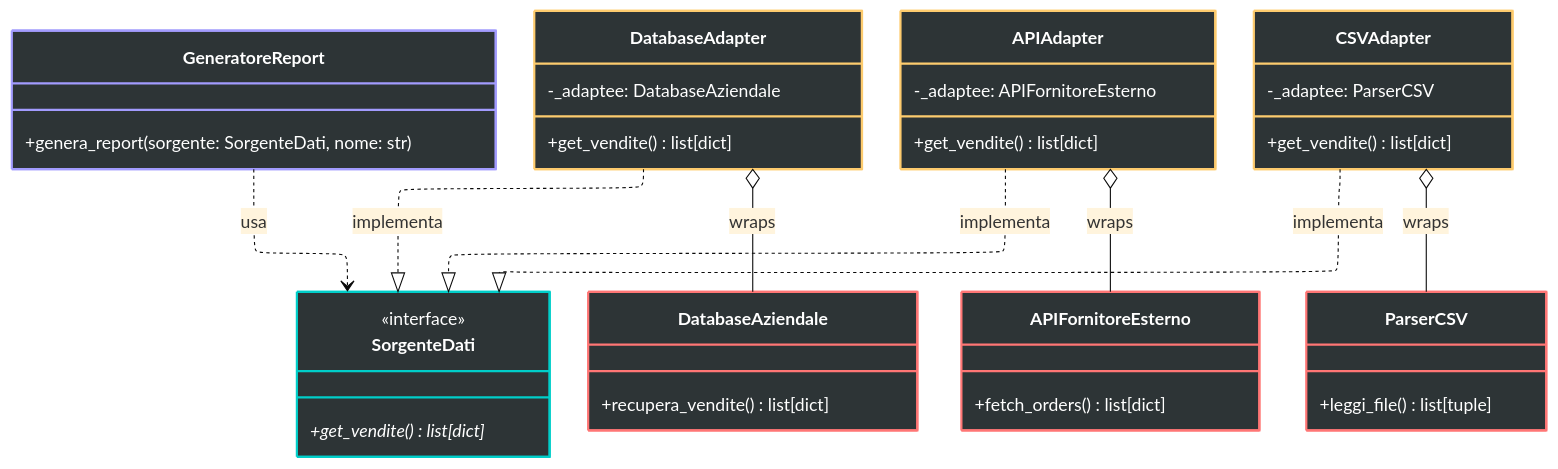
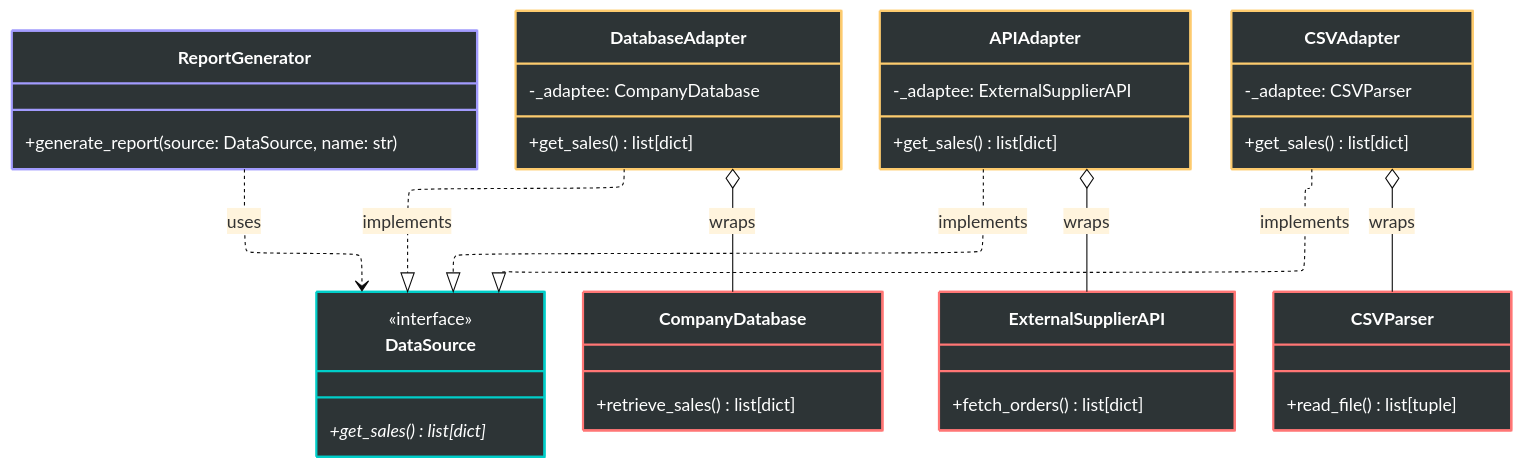
Before and after one commit to lucadileo9/design-pattern: the second of 3 diagrams in 02_structural/adapter/README.md, drawn with Mermaid (base theme). The commit also changed other lines of this file and 43 other files, not shown here.

````diff
--- a/02_structural/adapter/README.md
+++ b/02_structural/adapter/README.md
@@ -75,60 +75,60 @@
 ```mermaid
 %%{init: {'layout': 'elk'}}%%
 classDiagram
     direction TB
 
-    class GeneratoreReport {
-        +genera_report(sorgente: SorgenteDati, nome: str)
+    class ReportGenerator {
+        +generate_report(source: DataSource, name: str)
     }
 
-    class SorgenteDati {
+    class DataSource {
         <<interface>>
-        +get_vendite() list[dict]*
+        +get_sales() list[dict]*
     }
 
     class DatabaseAdapter {
-        -_adaptee: DatabaseAziendale
-        +get_vendite() list[dict]
+        -_adaptee: CompanyDatabase
+        +get_sales() list[dict]
     }
 
     class APIAdapter {
-        -_adaptee: APIFornitoreEsterno
-        +get_vendite() list[dict]
+        -_adaptee: ExternalSupplierAPI
+        +get_sales() list[dict]
     }
 
     class CSVAdapter {
-        -_adaptee: ParserCSV
-        +get_vendite() list[dict]
+        -_adaptee: CSVParser
+        +get_sales() list[dict]
     }
 
-    class DatabaseAziendale {
-        +recupera_vendite() list[dict]
+    class CompanyDatabase {
+        +retrieve_sales() list[dict]
     }
 
-    class APIFornitoreEsterno {
+    class ExternalSupplierAPI {
         +fetch_orders() list[dict]
     }
 
-    class ParserCSV {
-        +leggi_file() list[tuple]
+    class CSVParser {
+        +read_file() list[tuple]
     }
 
-    %% Relazioni
-    GeneratoreReport ..> SorgenteDati : usa
-    DatabaseAdapter ..|> SorgenteDati : implementa
-    APIAdapter      ..|> SorgenteDati : implementa
-    CSVAdapter      ..|> SorgenteDati : implementa
-    DatabaseAdapter o-- DatabaseAziendale : wraps
-    APIAdapter      o-- APIFornitoreEsterno : wraps
-    CSVAdapter      o-- ParserCSV : wraps
+    %% Relations
+    ReportGenerator ..> DataSource : uses
+    DatabaseAdapter ..|> DataSource : implements
+    APIAdapter      ..|> DataSource : implements
+    CSVAdapter      ..|> DataSource : implements
+    DatabaseAdapter o-- CompanyDatabase : wraps
+    APIAdapter      o-- ExternalSupplierAPI : wraps
+    CSVAdapter      o-- CSVParser : wraps
 
     %% Styling
-    style SorgenteDati fill:#2d3436,stroke:#00cec9,stroke-width:2px,color:#fff
+    style DataSource fill:#2d3436,stroke:#00cec9,stroke-width:2px,color:#fff
     style DatabaseAdapter fill:#2d3436,stroke:#fdcb6e,stroke-width:2px,color:#fff
     style APIAdapter fill:#2d3436,stroke:#fdcb6e,stroke-width:2px,color:#fff
     style CSVAdapter fill:#2d3436,stroke:#fdcb6e,stroke-width:2px,color:#fff
-    style DatabaseAziendale fill:#2d3436,stroke:#ff7675,stroke-width:2px,color:#fff
-    style APIFornitoreEsterno fill:#2d3436,stroke:#ff7675,stroke-width:2px,color:#fff
-    style ParserCSV fill:#2d3436,stroke:#ff7675,stroke-width:2px,color:#fff
-    style GeneratoreReport fill:#2d3436,stroke:#a29bfe,stroke-width:2px,color:#fff
+    style CompanyDatabase fill:#2d3436,stroke:#ff7675,stroke-width:2px,color:#fff
+    style ExternalSupplierAPI fill:#2d3436,stroke:#ff7675,stroke-width:2px,color:#fff
+    style CSVParser fill:#2d3436,stroke:#ff7675,stroke-width:2px,color:#fff
+    style ReportGenerator fill:#2d3436,stroke:#a29bfe,stroke-width:2px,color:#fff
 ```
````
